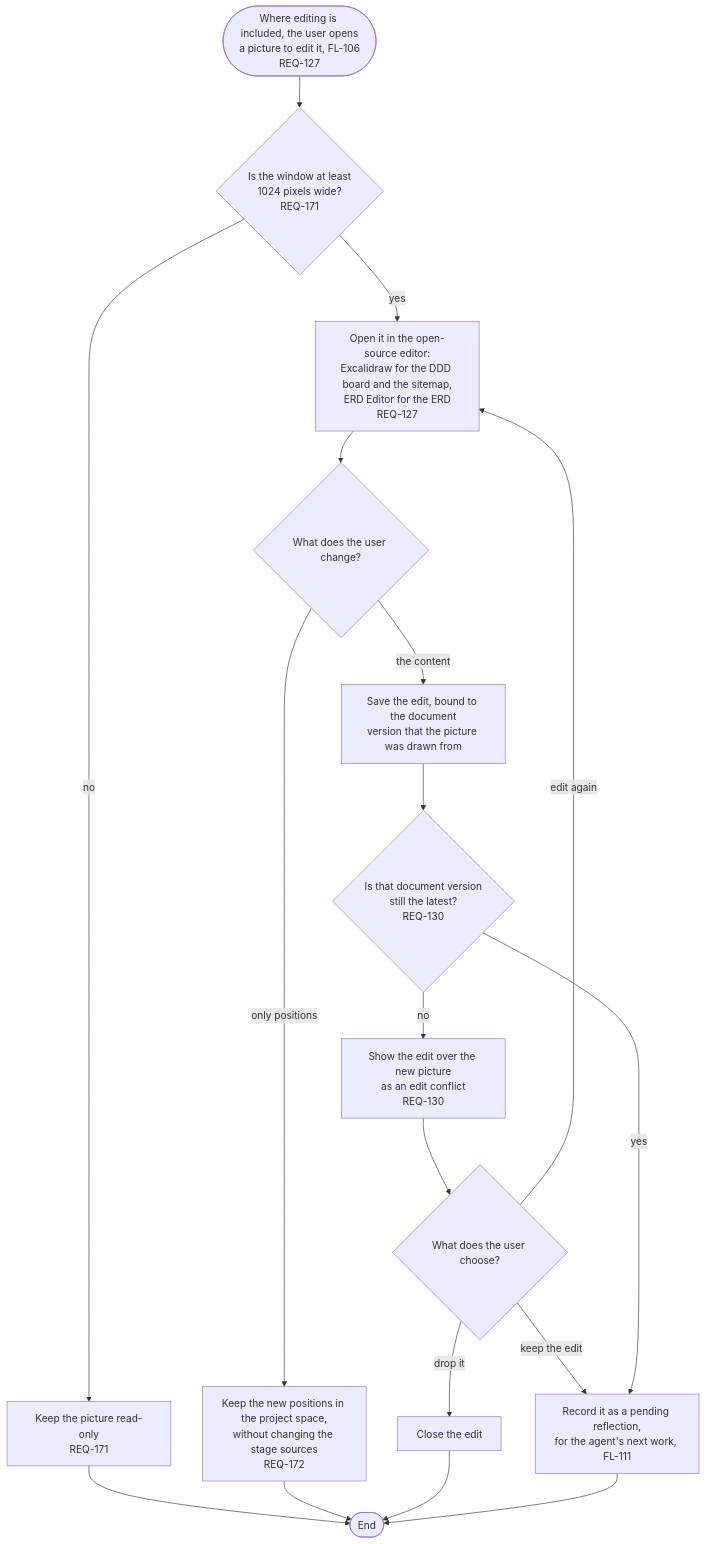
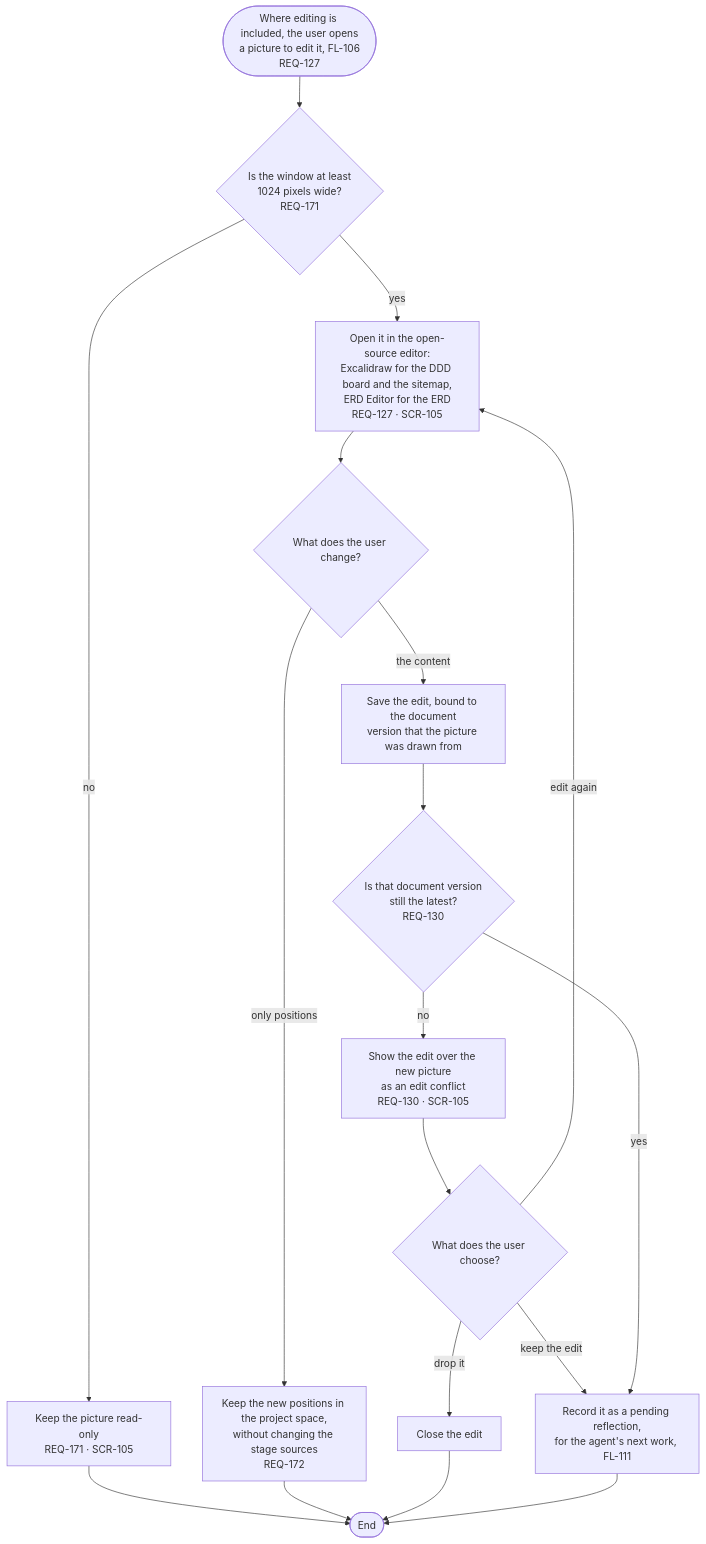
One commit to kodonghui/corthex-nexus changed the diagram in docs/03-user-flow/nexus/FL-115-edit-a-picture.md. Above: the diagram before and after it, drawn with Mermaid. The commit also changed 19 other files, not shown here.

````diff
--- a/docs/03-user-flow/nexus/FL-115-edit-a-picture.md
+++ b/docs/03-user-flow/nexus/FL-115-edit-a-picture.md
@@ -9,20 +9,20 @@
 ```mermaid
 flowchart TD
   A(["Where editing is included, the user opens<br/>a picture to edit it, FL-106<br/>REQ-127"]) --> B{"Is the window at least<br/>1024 pixels wide?<br/>REQ-171"}
-  B -->|no| B1["Keep the picture read-only<br/>REQ-171"]
+  B -->|no| B1["Keep the picture read-only<br/>REQ-171 · SCR-105"]
   B1 --> Z(["End"])
-  B -->|yes| C["Open it in the open-source editor:<br/>Excalidraw for the DDD board and the sitemap,<br/>ERD Editor for the ERD<br/>REQ-127"]
+  B -->|yes| C["Open it in the open-source editor:<br/>Excalidraw for the DDD board and the sitemap,<br/>ERD Editor for the ERD<br/>REQ-127 · SCR-105"]
   C --> D{"What does the user change?"}
   D -->|only positions| E["Keep the new positions in the project space,<br/>without changing the stage sources<br/>REQ-172"]
   E --> Z
   D -->|the content| F["Save the edit, bound to the document<br/>version that the picture was drawn from"]
   F --> G{"Is that document version<br/>still the latest?<br/>REQ-130"}
-  G -->|no| H["Show the edit over the new picture<br/>as an edit conflict<br/>REQ-130"]
+  G -->|no| H["Show the edit over the new picture<br/>as an edit conflict<br/>REQ-130 · SCR-105"]
   H --> I{"What does the user choose?"}
   I -->|keep the edit| J
   I -->|edit again| C
   I -->|drop it| I1["Close the edit"]
   I1 --> Z
   G -->|yes| J["Record it as a pending reflection,<br/>for the agent's next work, FL-111"]
   J --> Z
 ```
````
